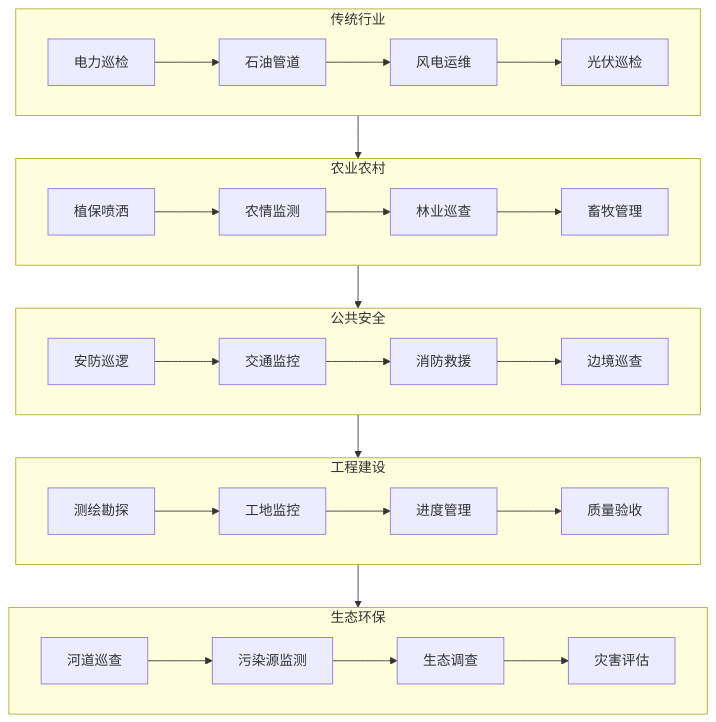
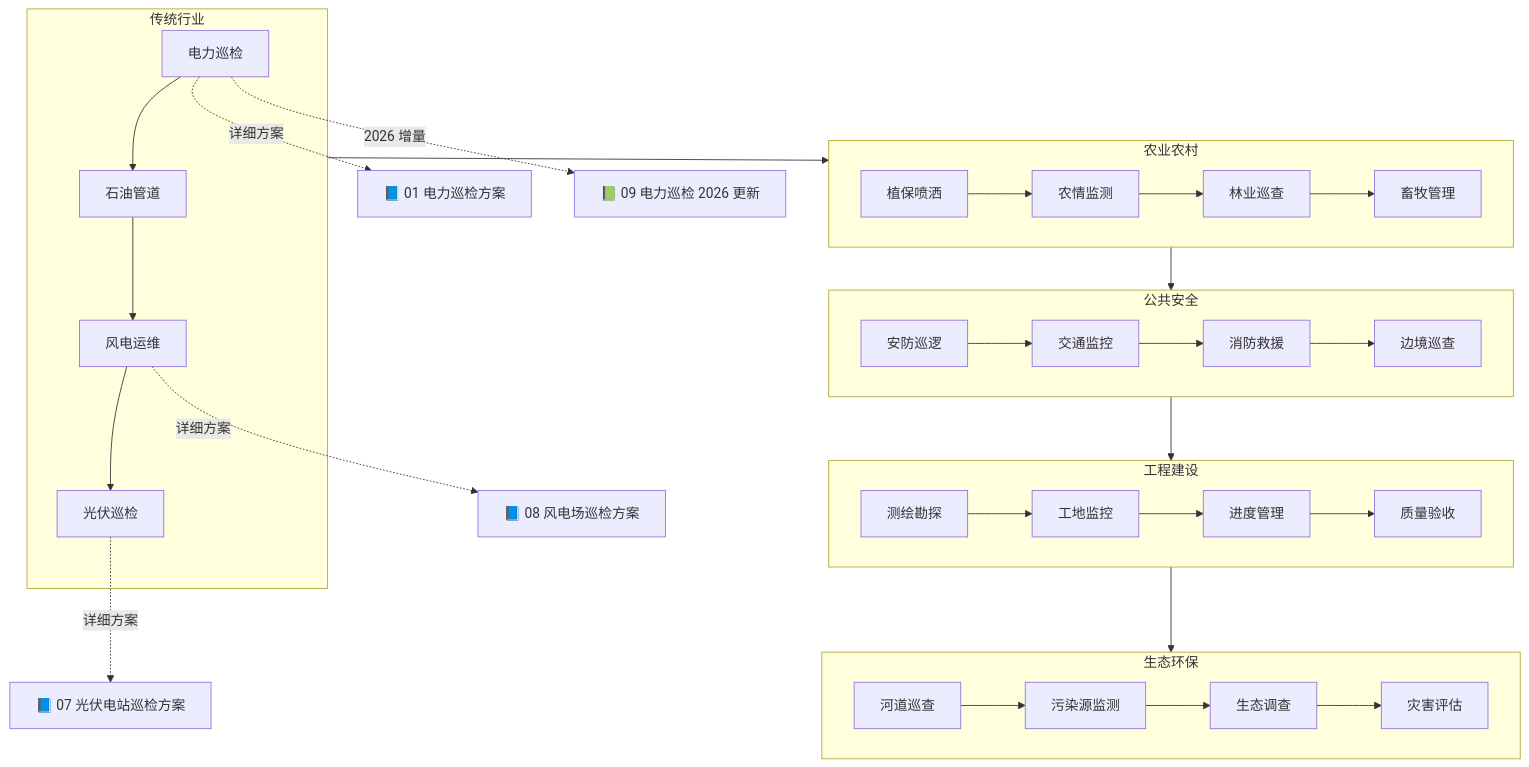
One commit to zhouzhupianbei/UAV-Stack-Knowledge-Base changed the diagram in 06-Industry-Solutions/README.md. Above: the diagram before and after it, drawn with Mermaid. The commit also changed other lines of this file and 8 other files, not shown here.

````diff
--- a/06-Industry-Solutions/README.md
+++ b/06-Industry-Solutions/README.md
@@ -37,37 +40,41 @@
 ```mermaid
 graph TB
     subgraph 传统行业
         A1[电力巡检] --> A2[石油管道]
         A2 --> A3[风电运维]
         A3 --> A4[光伏巡检]
     end
+    A1 -.详细方案.-> A1_Doc[📘 01 电力巡检方案]
+    A1 -.2026 增量.-> A1_2026[📗 09 电力巡检 2026 更新]
+    A4 -.详细方案.-> A4_Doc[📘 07 光伏电站巡检方案]
+    A3 -.详细方案.-> A3_Doc[📘 08 风电场巡检方案]
     
     subgraph 农业农村
         B1[植保喷洒] --> B2[农情监测]
         B2 --> B3[林业巡查]
         B3 --> B4[畜牧管理]
     end
     
     subgraph 公共安全
         C1[安防巡逻] --> C2[交通监控]
         C2 --> C3[消防救援]
         C3 --> C4[边境巡查]
     end
     
     subgraph 工程建设
         D1[测绘勘探] --> D2[工地监控]
         D2 --> D3[进度管理]
         D3 --> D4[质量验收]
     end
     
     subgraph 生态环保
         E1[河道巡查] --> E2[污染源监测]
         E2 --> E3[生态调查]
         E3 --> E4[灾害评估]
     end
     
     传统行业 --> 农业农村
     农业农村 --> 公共安全
     公共安全 --> 工程建设
     工程建设 --> 生态环保
 ```
````
